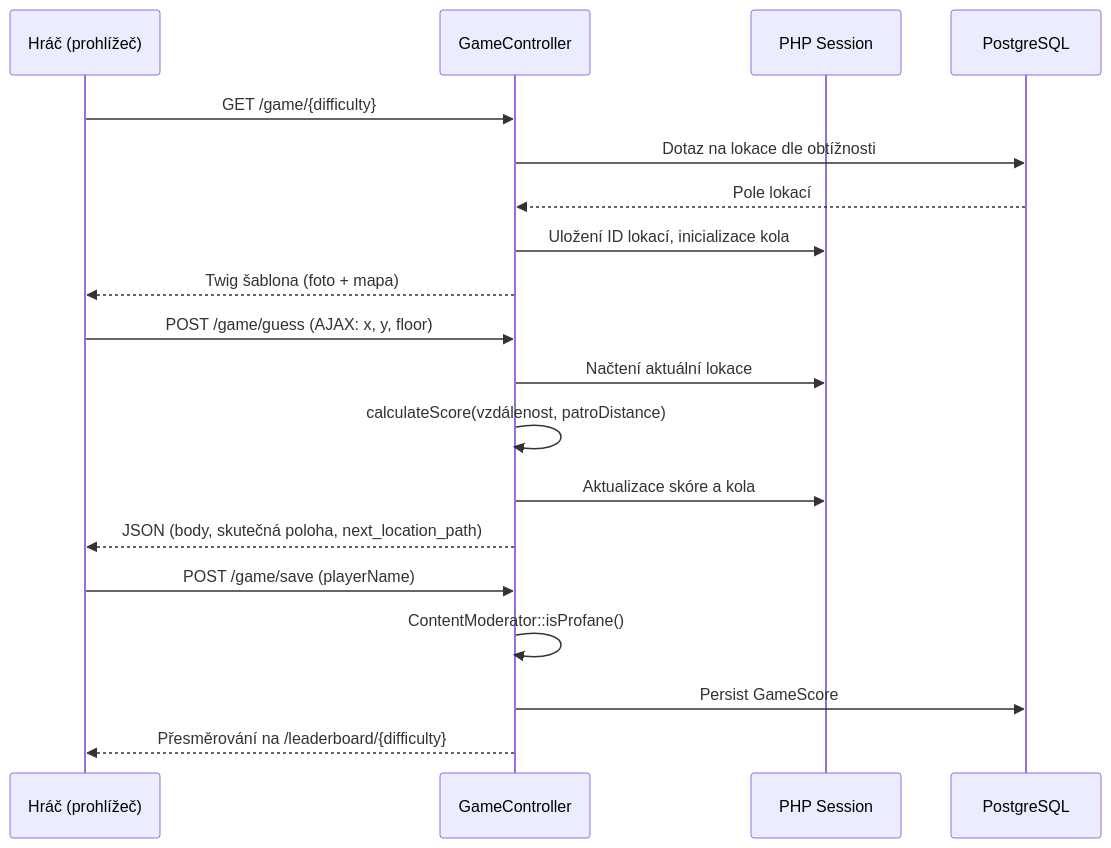
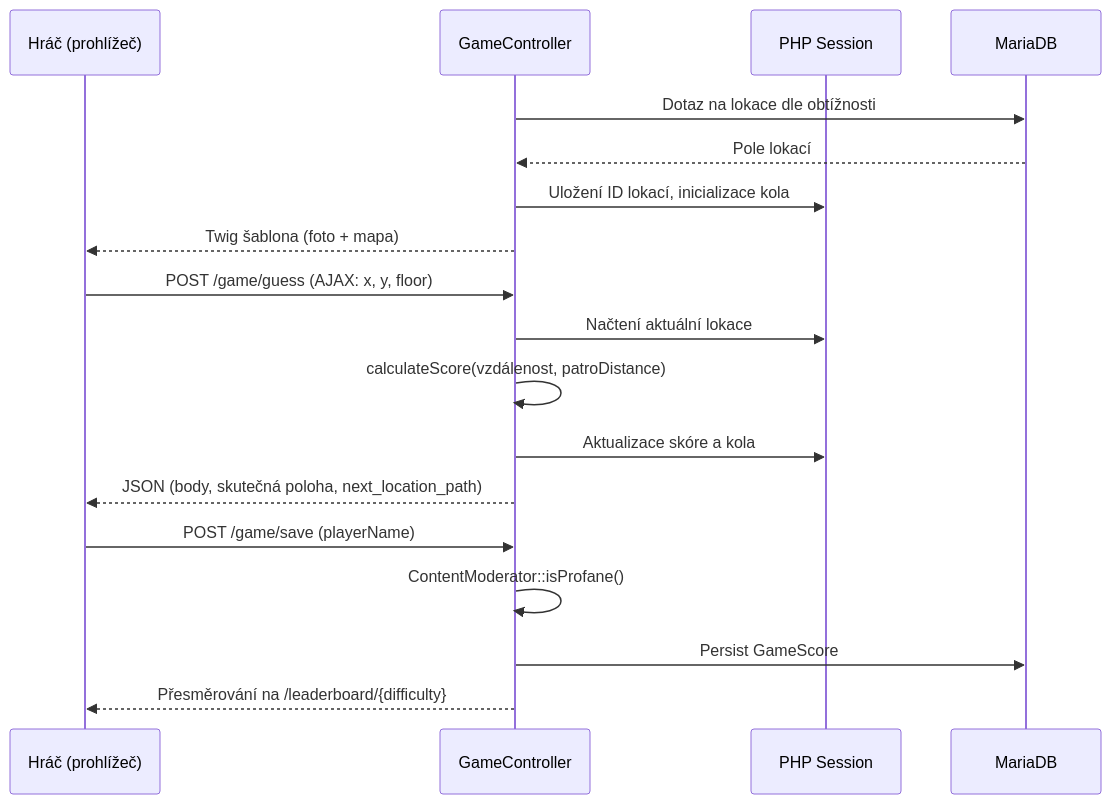
Before and after one commit to Its1akub/JecnaGuesser: the fifth of 9 diagrams in docs/Ječná Guesser – Předávací zpráva projektu.md, drawn with Mermaid. The commit also changed other lines of this file, not shown here.

````diff
--- a/docs/Ječná Guesser – Předávací zpráva projektu.md
+++ b/docs/Ječná Guesser – Předávací zpráva projektu.md
@@ -285,24 +281,22 @@
 ```mermaid
 sequenceDiagram
     participant H as Hráč (prohlížeč)
     participant GC as GameController
     participant S as PHP Session
-    participant DB as PostgreSQL
-
-    H->>GC: GET /game/{difficulty}
+    participant DB as MariaDB
     GC->>DB: Dotaz na lokace dle obtížnosti
     DB-->>GC: Pole lokací
     GC->>S: Uložení ID lokací, inicializace kola
     GC-->>H: Twig šablona (foto + mapa)
 
     H->>GC: POST /game/guess (AJAX: x, y, floor)
     GC->>S: Načtení aktuální lokace
     GC->>GC: calculateScore(vzdálenost, patroDistance)
     GC->>S: Aktualizace skóre a kola
     GC-->>H: JSON (body, skutečná poloha, next_location_path)
 
     H->>GC: POST /game/save (playerName)
     GC->>GC: ContentModerator::isProfane()
     GC->>DB: Persist GameScore
     GC-->>H: Přesměrování na /leaderboard/{difficulty}
 ```
````
